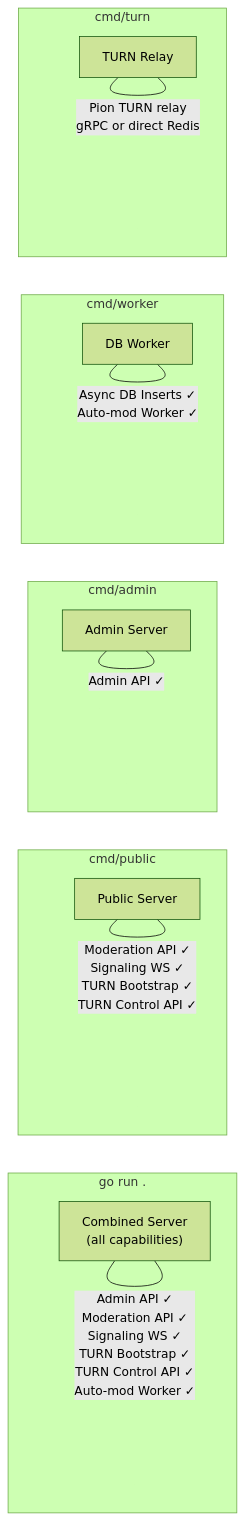
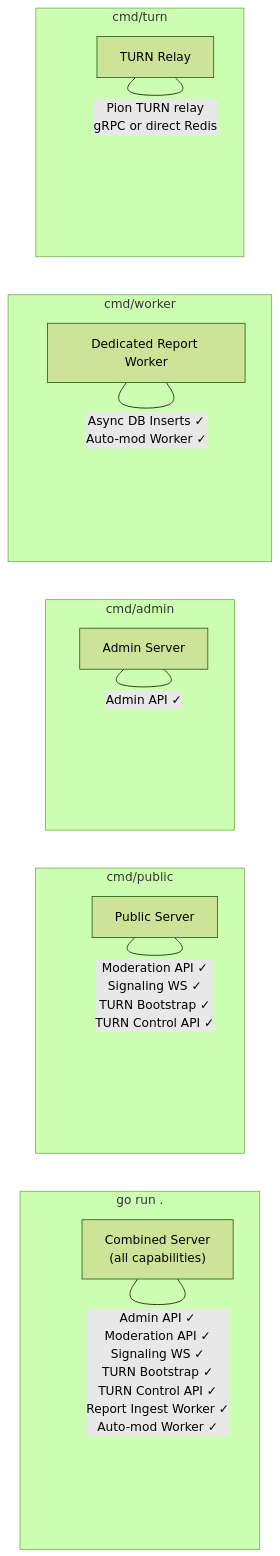
Before and after one commit to alessblaze/pairline: diagram 11 of 13 in ARCHITECTURE.md, drawn with Mermaid (forest theme). The commit also changed other lines of this file and 15 other files, not shown here.

````diff
--- a/ARCHITECTURE.md
+++ b/ARCHITECTURE.md
@@ -547,32 +547,32 @@
 ```mermaid
 graph LR
     subgraph "go run ."
         Combined["Combined Server<br/>(all capabilities)"]
     end
 
     subgraph "cmd/public"
         Public["Public Server"]
     end
 
     subgraph "cmd/admin"
         Admin["Admin Server"]
     end
 
     subgraph "cmd/worker"
-        Worker["DB Worker"]
+        Worker["Dedicated Report Worker"]
     end
 
     subgraph "cmd/turn"
         Turn["TURN Relay"]
     end
 
-    Combined ---|"Admin API ✓<br/>Moderation API ✓<br/>Signaling WS ✓<br/>TURN Bootstrap ✓<br/>TURN Control API ✓<br/>Auto-mod Worker ✓"| Combined
+    Combined ---|"Admin API ✓<br/>Moderation API ✓<br/>Signaling WS ✓<br/>TURN Bootstrap ✓<br/>TURN Control API ✓<br/>Report Ingest Worker ✓<br/>Auto-mod Worker ✓"| Combined
 
     Public ---|"Moderation API ✓<br/>Signaling WS ✓<br/>TURN Bootstrap ✓<br/>TURN Control API ✓"| Public
 
     Admin ---|"Admin API ✓"| Admin
 
     Worker ---|"Async DB Inserts ✓<br/>Auto-mod Worker ✓"| Worker
 
     Turn ---|"Pion TURN relay<br/>gRPC or direct Redis"| Turn
 ```
````
